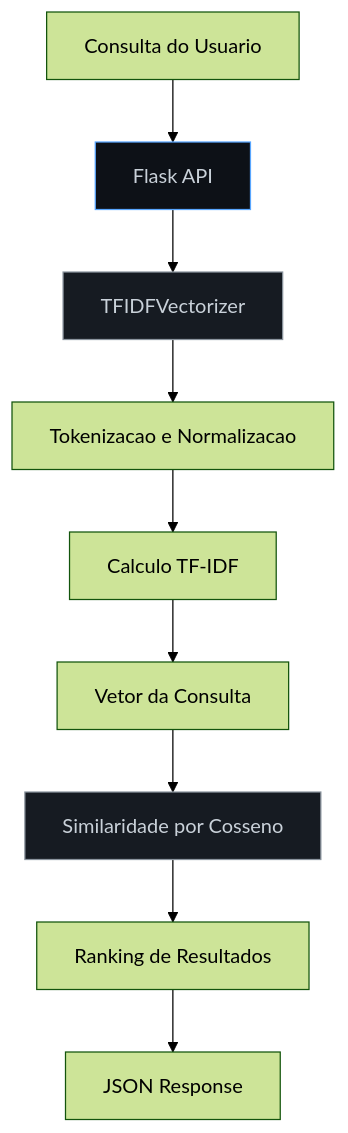
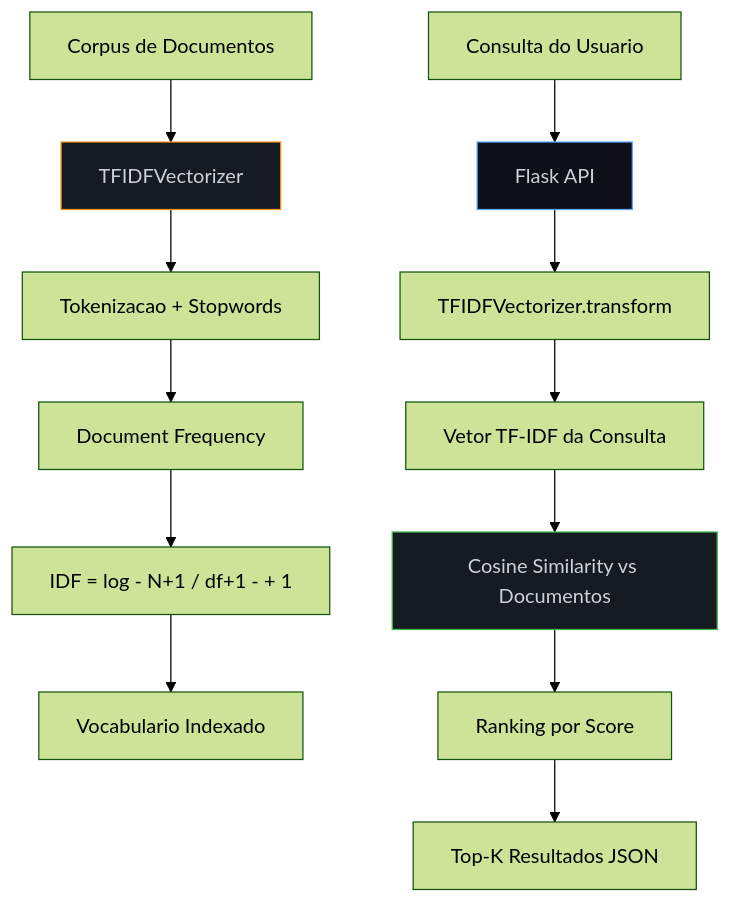
One commit to galafis/Semantic-Search-Engine changed the first of 4 diagrams in README.md. Above: the diagram before and after it, drawn with Mermaid (forest theme). The commit also changed other lines of this file and 3 other files, not shown here.

````diff
--- a/README.md
+++ b/README.md
@@ -28,15 +41,19 @@
 ```mermaid
 graph TD
-    A[Consulta do Usuario] --> B[Flask API]
-    B --> C[TFIDFVectorizer]
-    C --> D[Tokenizacao e Normalizacao]
-    D --> E[Calculo TF-IDF]
-    E --> F[Vetor da Consulta]
-    F --> G[Similaridade por Cosseno]
-    G --> H[Ranking de Resultados]
-    H --> I[JSON Response]
+    A[Corpus de Documentos] --> B[TFIDFVectorizer]
+    B --> C[Tokenizacao + Stopwords]
+    C --> D[Document Frequency]
+    D --> E[IDF = log - N+1 / df+1 - + 1]
+    E --> F[Vocabulario Indexado]
 
-    style B fill:#0d1117,color:#c9d1d9,stroke:#58a6ff
-    style C fill:#161b22,color:#c9d1d9,stroke:#8b949e
-    style G fill:#161b22,color:#c9d1d9,stroke:#8b949e
+    G[Consulta do Usuario] --> H[Flask API]
+    H --> I[TFIDFVectorizer.transform]
+    I --> J[Vetor TF-IDF da Consulta]
+    J --> K[Cosine Similarity vs Documentos]
+    K --> L[Ranking por Score]
+    L --> M[Top-K Resultados JSON]
+
+    style H fill:#0d1117,color:#c9d1d9,stroke:#58a6ff
+    style B fill:#161b22,color:#c9d1d9,stroke:#F7931E
+    style K fill:#161b22,color:#c9d1d9,stroke:#3fb950
 ```
````
